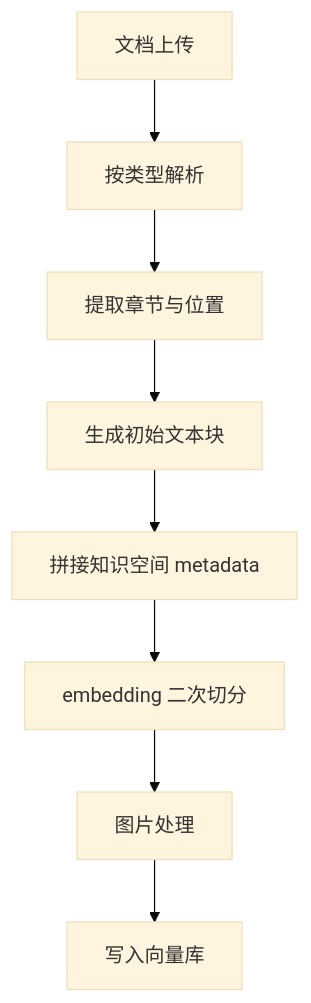
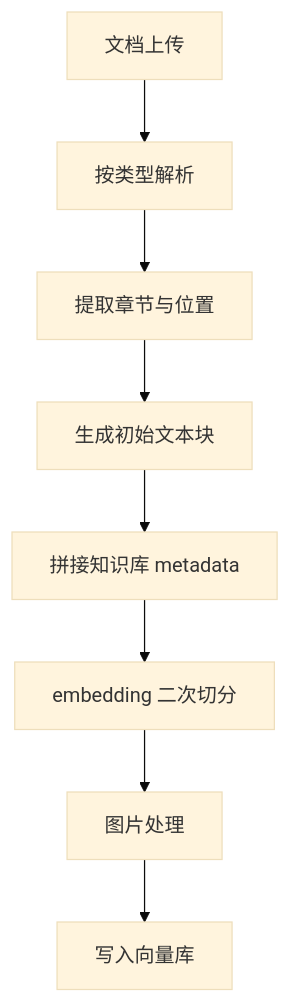
One commit to emotion-exit/rag-agent changed the fourth of 5 diagrams in docs/项目功能解析与实践总结.md. Above: the diagram before and after it, drawn with Mermaid (base theme). The commit also changed other lines of this file and 22 other files, not shown here.

````diff
--- a/docs/项目功能解析与实践总结.md
+++ b/docs/项目功能解析与实践总结.md
@@ -104,10 +104,10 @@
 ```mermaid
 flowchart TD
 	A[文档上传] --> B[按类型解析]
 	B --> C[提取章节与位置]
 	C --> D[生成初始文本块]
-	D --> E[拼接知识空间 metadata]
+	D --> E[拼接知识库 metadata]
 	E --> F[embedding 二次切分]
 	F --> G[图片处理]
 	G --> H[写入向量库]
 ```
````
